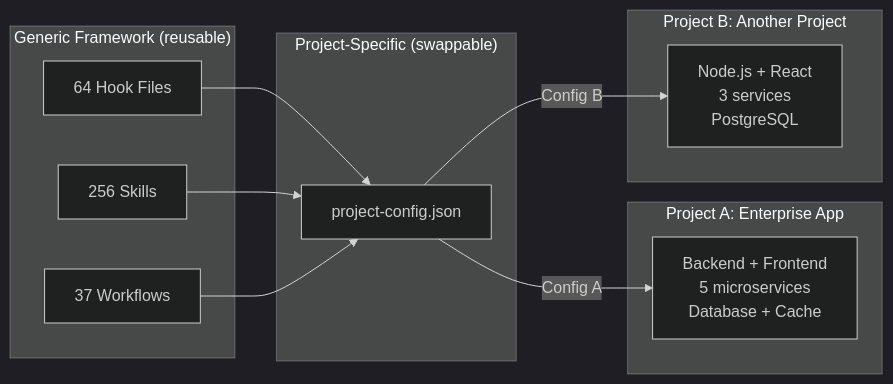
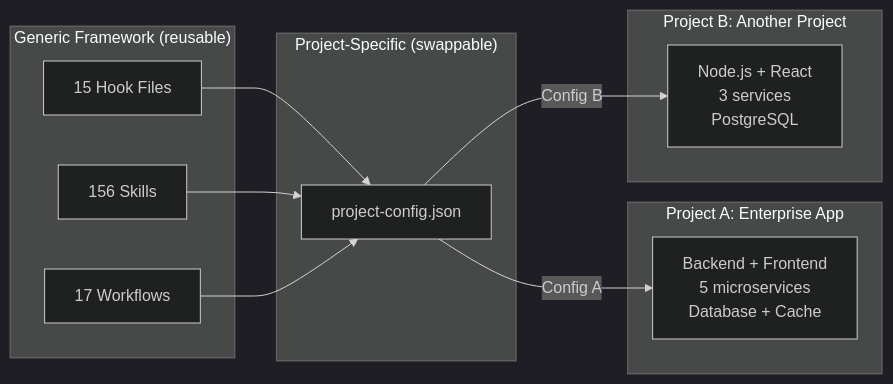
The eighth of 20 diagrams in .claude/docs/claude-ai-agent-framework-guide.md (duc01226/EasyPlatform), drawn with Mermaid (dark theme) before and after one commit. The commit also changed other lines of this file and 1280 other files, not shown here.

````diff
--- a/.claude/docs/claude-ai-agent-framework-guide.md
+++ b/.claude/docs/claude-ai-agent-framework-guide.md
@@ -919,24 +876,24 @@
 ```mermaid
 graph LR
     subgraph "Generic Framework (reusable)"
-        H[64 Hook Files]
-        S[256 Skills]
-        W[37 Workflows]
+        H[15 Hook Files]
+        S[156 Skills]
+        W[17 Workflows]
     end
 
     subgraph "Project-Specific (swappable)"
         PC[project-config.json]
     end
 
     subgraph "Project A: Enterprise App"
         PA[Backend + Frontend<br/>5 microservices<br/>Database + Cache]
     end
 
     subgraph "Project B: Another Project"
         PB[Node.js + React<br/>3 services<br/>PostgreSQL]
     end
 
     H & S & W --> PC
     PC -->|Config A| PA
     PC -->|Config B| PB
 ```
````
